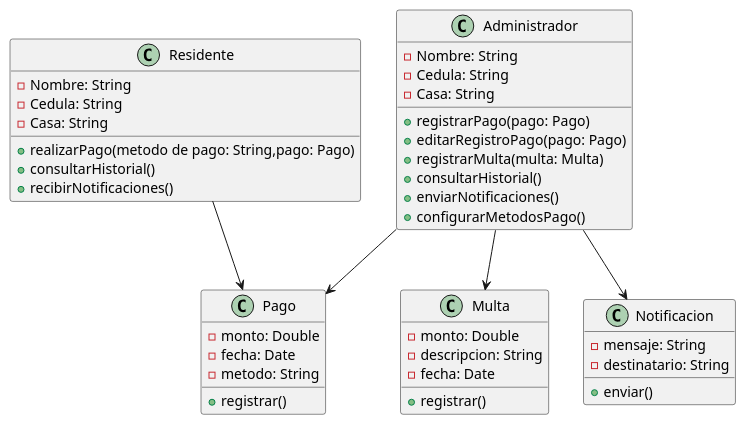
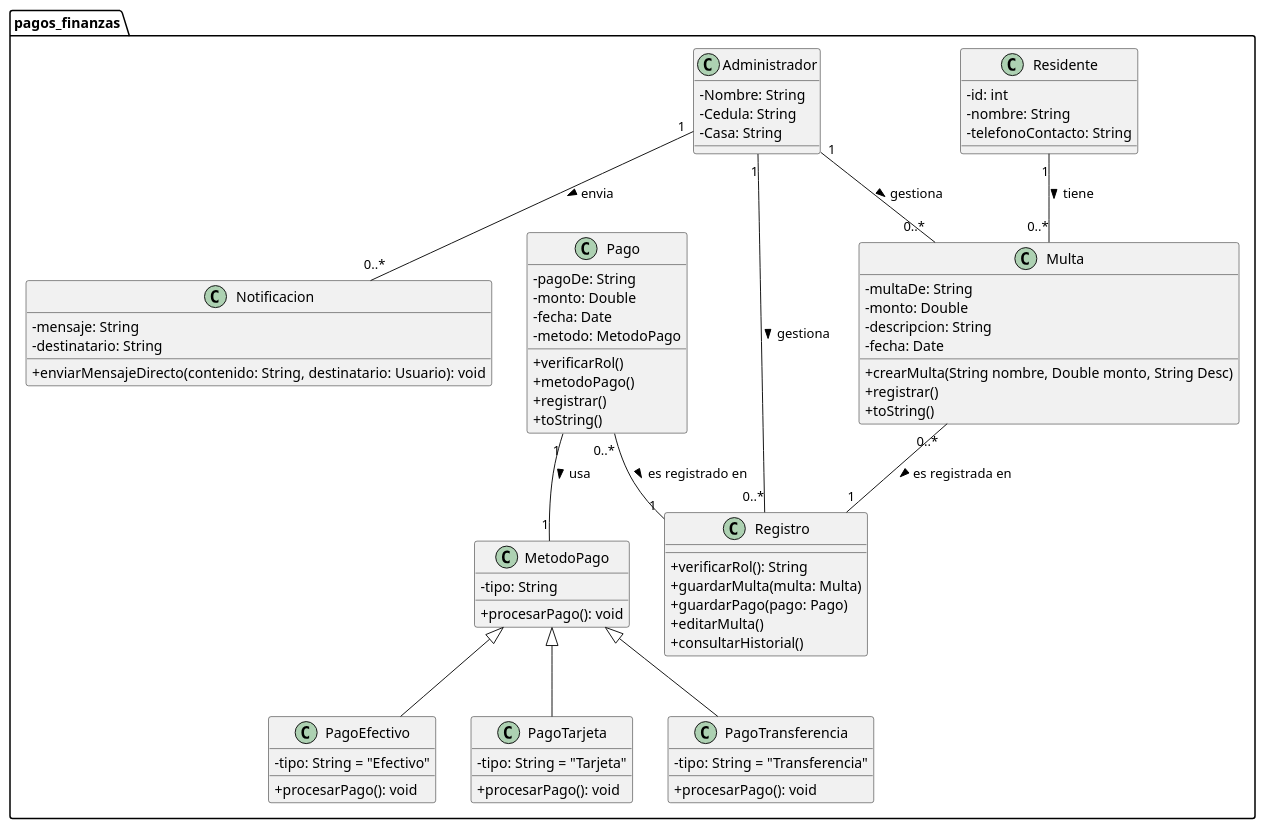
The diagram in Diagramas/Diagramas de Clases/GrupoA_Pagos_Finanzas/DiagramaDeClases.puml (richardriverag/ProyectoDiseno24B), drawn with PlantUML before and after one commit. The commit also changed 2 other files, not shown here.

Commit message:
Modify(pagos_finanzas): Update class diagram

```diff
--- a/Diagramas/Diagramas de Clases/GrupoA_Pagos_Finanzas/DiagramaDeClases.puml
+++ b/Diagramas/Diagramas de Clases/GrupoA_Pagos_Finanzas/DiagramaDeClases.puml
@@ -1,47 +1,96 @@
 @startuml
+skinparam classAttributeIconSize 0
+package pagos_finanzas {
+
 class Residente {
-    - Nombre: String
-    - Cedula: String
-    - Casa: String
-    + realizarPago(metodo de pago: String,pago: Pago)
-    + consultarHistorial()
-    + recibirNotificaciones()
+    -id: int
+    - nombre: String
+    - telefonoContacto: String
 }
 
+' Clase Administrador
 class Administrador {
     - Nombre: String
     - Cedula: String
     - Casa: String
-    + registrarPago(pago: Pago)
-    + editarRegistroPago(pago: Pago)
-    + registrarMulta(multa: Multa)
-    + consultarHistorial()
-    + enviarNotificaciones()
-    + configurarMetodosPago()
 }
 
+' Clase Registro
+class Registro {
+    + verificarRol(): String
+    + guardarMulta(multa: Multa)
+    + guardarPago(pago: Pago)
+    + editarMulta()
+    + consultarHistorial()
+}
+
+' Clase Pago
 class Pago {
+    - pagoDe: String
     - monto: Double
     - fecha: Date
-    - metodo: String
+    - metodo: MetodoPago
+    + verificarRol()
+    + metodoPago()
     + registrar()
+    + toString()
 }
 
+' Clase Multa
 class Multa {
+    - multaDe: String
     - monto: Double
     - descripcion: String
     - fecha: Date
+    + crearMulta(String nombre, Double monto, String Desc)
     + registrar()
+    + toString()
 }
 
+' Clase Notificacion
 class Notificacion {
     - mensaje: String
     - destinatario: String
-    + enviar()
+    + enviarMensajeDirecto(contenido: String, destinatario: Usuario): void
 }
 
-Residente --> Pago
-Administrador --> Pago
-Administrador --> Multa
-Administrador --> Notificacion
+' Clases de Métodos de Pago (Herencia)
+class MetodoPago {
+    - tipo: String
+    + procesarPago(): void
+}
+
+class PagoEfectivo {
+    - tipo: String = "Efectivo"
+    + procesarPago(): void
+}
+
+class PagoTarjeta {
+    - tipo: String = "Tarjeta"
+    + procesarPago(): void
+}
+
+class PagoTransferencia {
+    - tipo: String = "Transferencia"
+    + procesarPago(): void
+}
+
+}
+
+' Relaciones
+Residente "1" -- "0..*" Multa : tiene >
+Administrador "1" -- "0..*" Multa : gestiona >
+Administrador "1" -- "0..*" Notificacion : envia >
+
+Pago "1" -- "1" MetodoPago : usa >
+Pago "0..*" -- "1" Registro : es registrado en >
+
+Multa "0..*" -- "1" Registro : es registrada en >
+Administrador "1" -- "0..*" Registro : gestiona >
+
+' Herencia entre los Métodos de Pago
+MetodoPago <|-- PagoEfectivo
+MetodoPago <|-- PagoTarjeta
+MetodoPago <|-- PagoTransferencia
+
 @enduml
```
